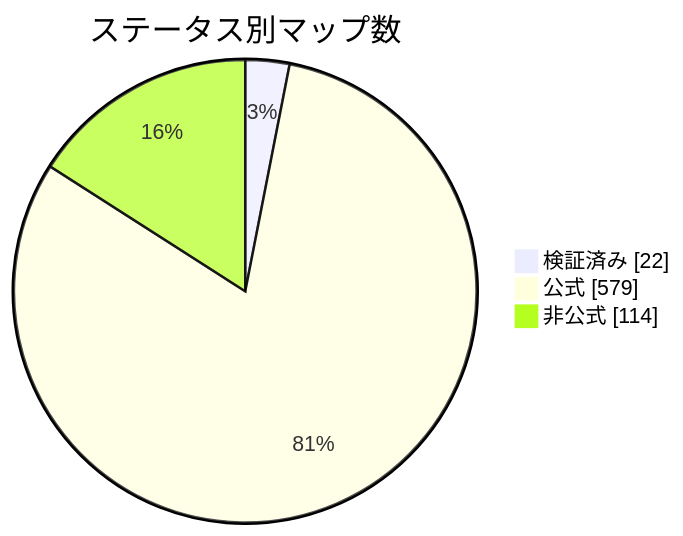
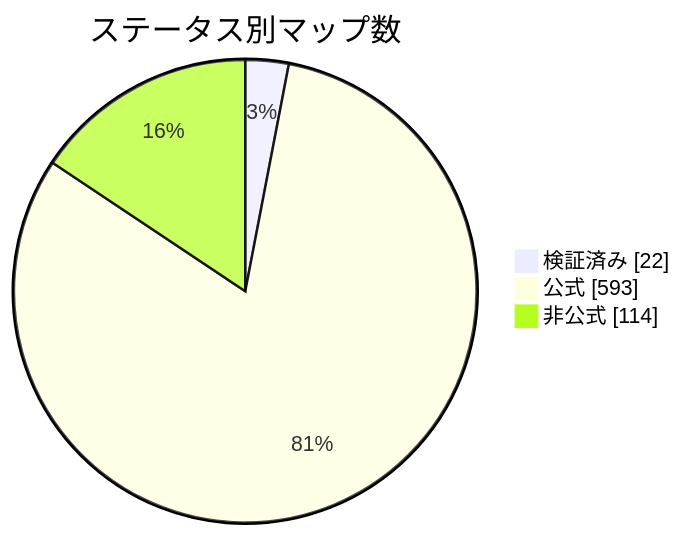
The diagram in docs/readme/README_JP.md (nobrega8/mbmap-library), drawn with Mermaid before and after one commit. The commit also changed 19 other files, not shown here.

````diff
--- a/docs/readme/README_JP.md
+++ b/docs/readme/README_JP.md
@@ -54,7 +54,7 @@
 ```mermaid
 pie showData
     title ステータス別マップ数
     "検証済み" : 22
-    "公式" : 579
+    "公式" : 593
     "非公式" : 114
 ```
````
